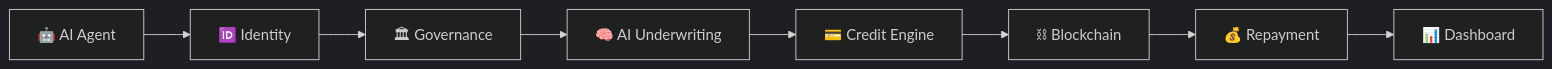
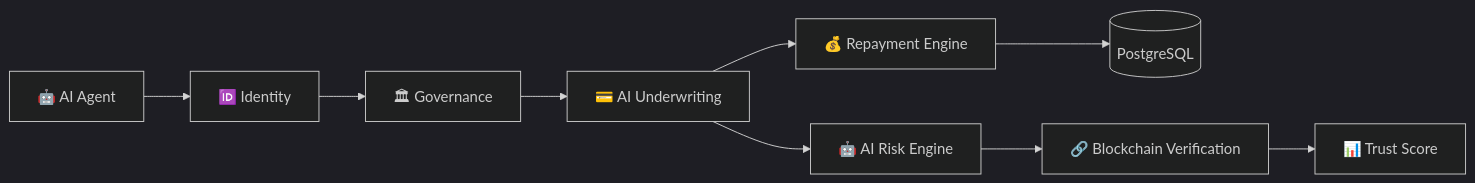
Before and after one commit to kashvipeehu24/agenttrust-os: the diagram in README.md, drawn with Mermaid (dark theme). The commit also changed other lines of this file, not shown here.

````diff
--- a/README.md
+++ b/README.md
@@ -60,20 +58,17 @@
 ```mermaid
 flowchart LR
 
-A[🤖 AI Agent]
-B[🆔 Identity]
-C[🏛 Governance]
-D[🧠 AI Underwriting]
-E[💳 Credit Engine]
-F[⛓ Blockchain]
-G[💰 Repayment]
-H[📊 Dashboard]
+    A[🤖 AI Agent]
 
-A --> B
-B --> C
-C --> D
-D --> E
-E --> F
-F --> G
-G --> H
+    A --> B[🆔 Identity]
+    B --> C[🏛 Governance]
+    C --> D[💳 AI Underwriting]
+    D --> E[💰 Repayment Engine]
+
+    E --> F[(PostgreSQL)]
+
+    D --> G[🤖 AI Risk Engine]
+    G --> H[🔗 Blockchain Verification]
+
+    H --> I[📊 Trust Score]
 ```
````
